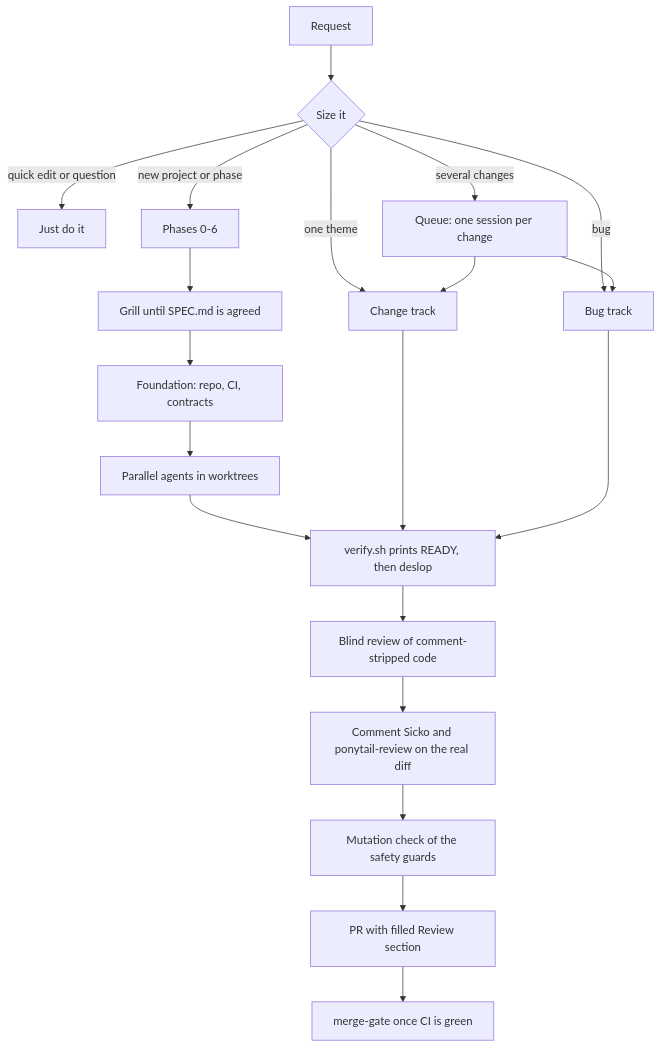
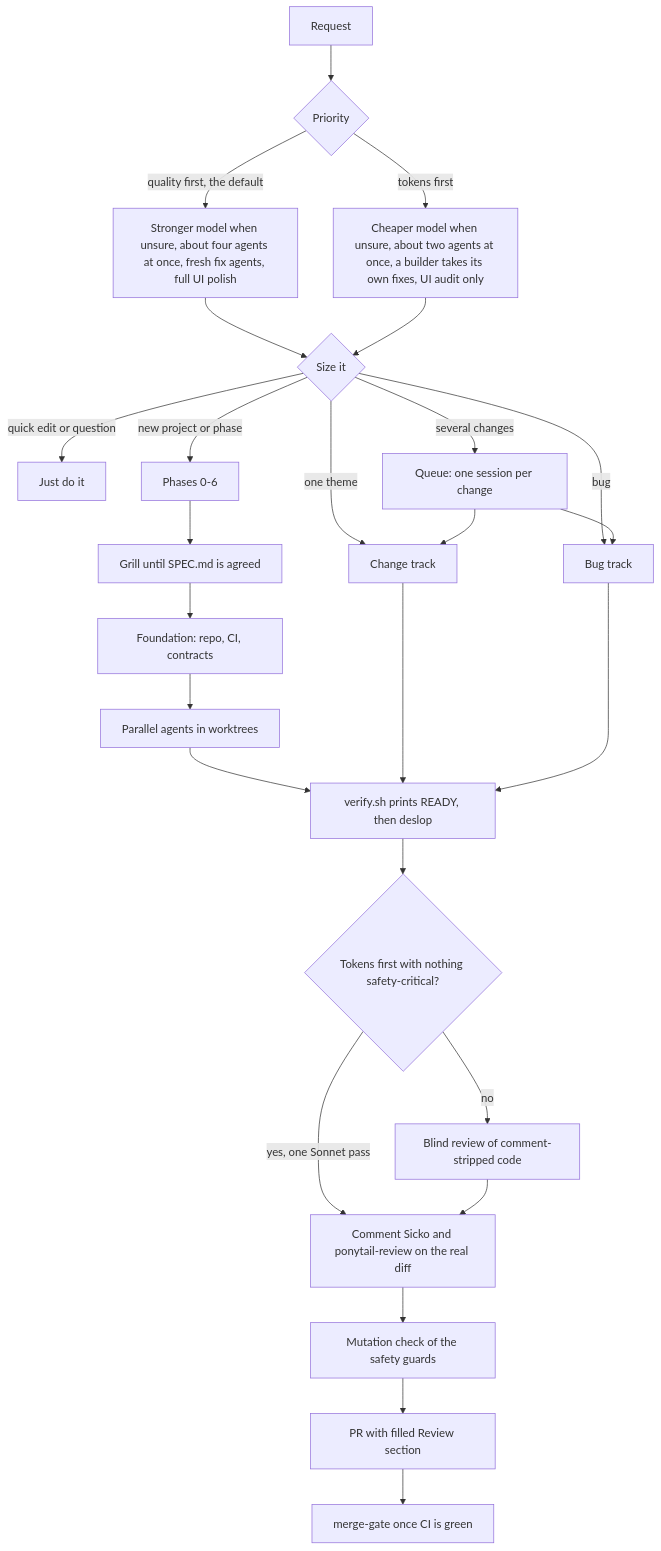
One commit to owenbonc/orchestrator-skill changed the diagram in README.md. Above: the diagram before and after it, drawn with Mermaid.

Commit message:
The flow diagram shows the priority a request runs on and where tokens first skips the blind pass

````diff
--- a/README.md
+++ b/README.md
@@ -9,22 +9,28 @@
 ```mermaid
 flowchart TD
-    R[Request] --> S{Size it}
+    R[Request] --> PQ{Priority}
+    PQ -->|quality first, the default| QF[Stronger model when unsure, about four agents at once, fresh fix agents, full UI polish]
+    PQ -->|tokens first| TF[Cheaper model when unsure, about two agents at once, a builder takes its own fixes, UI audit only]
+    QF --> S{Size it}
+    TF --> S
     S -->|quick edit or question| D[Just do it]
     S -->|one theme| C[Change track]
     S -->|bug| B[Bug track]
     S -->|several changes| Q[Queue: one session per change]
     S -->|new project or phase| P[Phases 0-6]
     Q --> C
     Q --> B
     P --> G[Grill until SPEC.md is agreed]
     G --> F[Foundation: repo, CI, contracts]
     F --> A[Parallel agents in worktrees]
     A --> V
     C --> V
     B --> V
-    V[verify.sh prints READY, then deslop] --> BL[Blind review of comment-stripped code]
+    V[verify.sh prints READY, then deslop] --> NS{Tokens first with nothing safety-critical?}
+    NS -->|no| BL[Blind review of comment-stripped code]
+    NS -->|yes, one Sonnet pass| RV
     BL --> RV[Comment Sicko and ponytail-review on the real diff]
     RV --> MU[Mutation check of the safety guards]
     MU --> PR[PR with filled Review section]
     PR --> M[merge-gate once CI is green]
 ```
````
